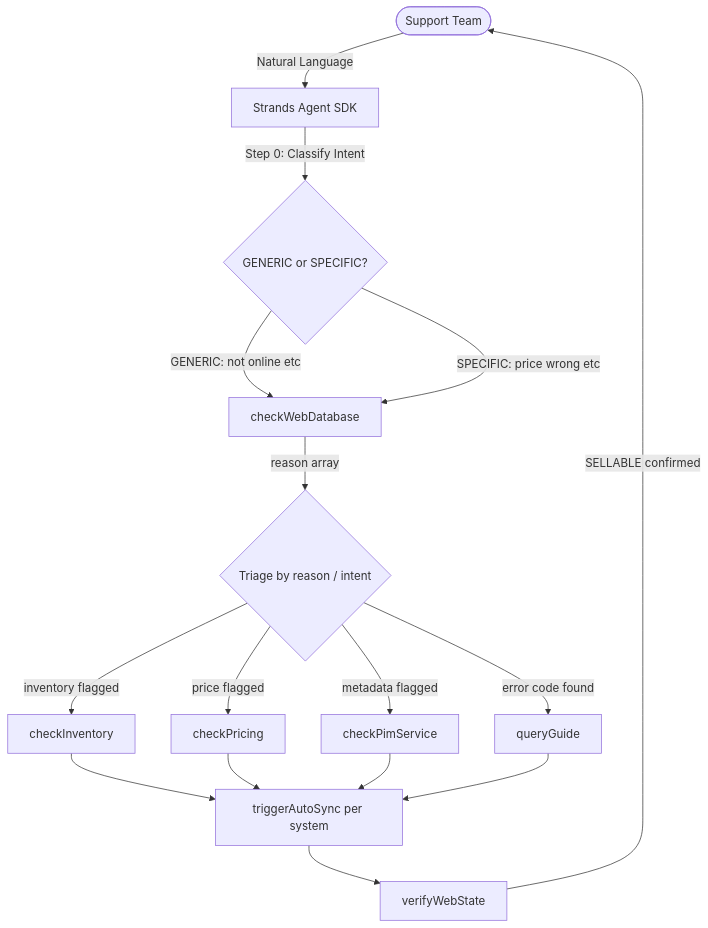
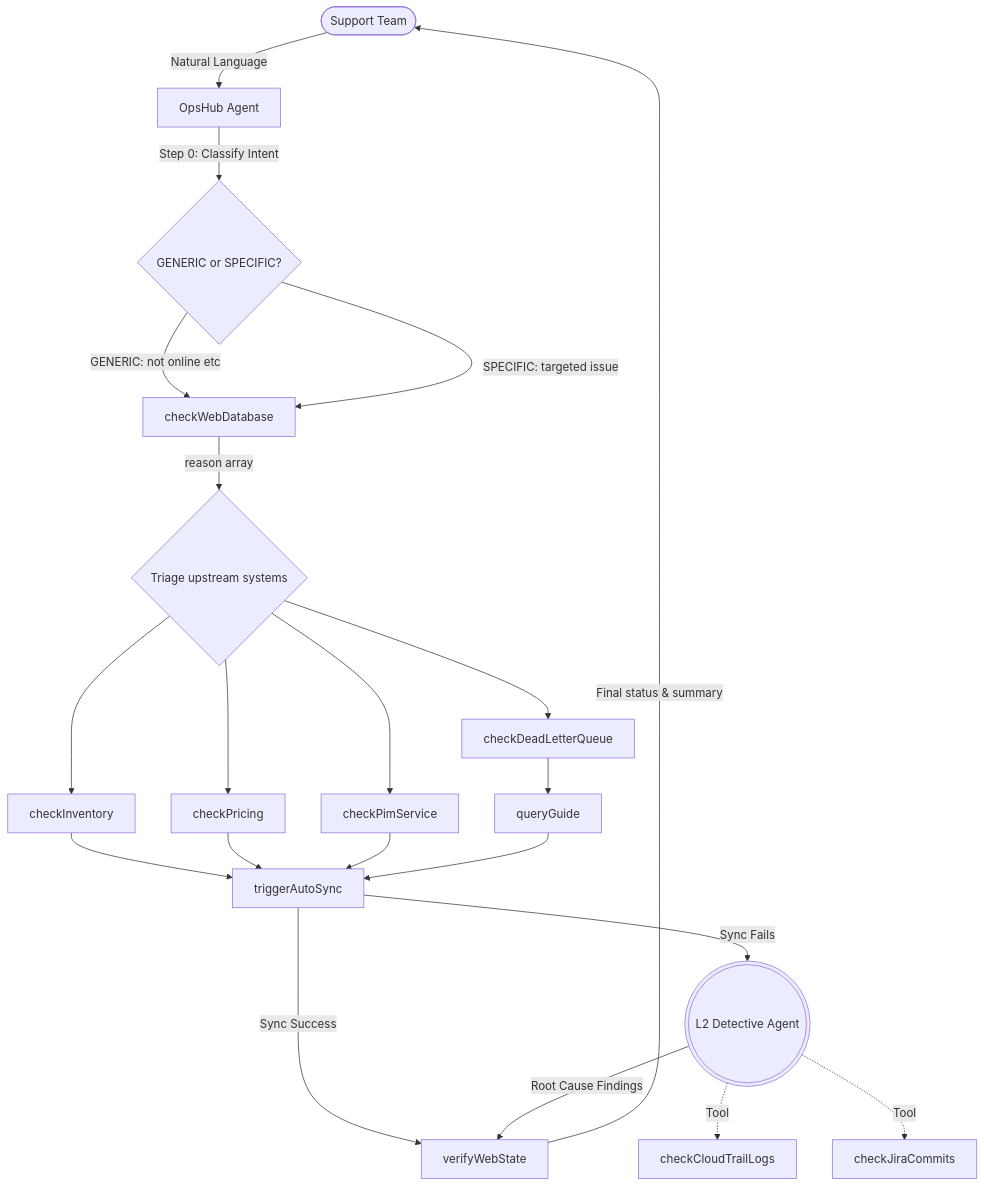
Before and after one commit to sujithpvarghese/bedrock-agent-core-operations-hub: the diagram in README.md, drawn with Mermaid.

Commit message:
read me updated

````diff
--- a/README.md
+++ b/README.md
@@ -20,23 +20,30 @@
 ```mermaid
 graph TD
-    User([Support Team]) -->|Natural Language| Agent[Strands Agent SDK]
+    User([Support Team]) -->|Natural Language| Agent[OpsHub Agent]
     Agent -->|Step 0: Classify Intent| Intent{GENERIC or SPECIFIC?}
 
     Intent -->|GENERIC: not online etc| Web[checkWebDatabase]
-    Intent -->|SPECIFIC: price wrong etc| Web
+    Intent -->|SPECIFIC: targeted issue| Web
 
-    Web -->|reason array| Triage{Triage by reason / intent}
+    Web -->|reason array| Triage{Triage upstream systems}
 
-    Triage -->|inventory flagged| INV[checkInventory]
-    Triage -->|price flagged| PRICE[checkPricing]
-    Triage -->|metadata flagged| PIM[checkPimService]
-    Triage -->|error code found| GUIDE[queryGuide]
+    Triage --> INV[checkInventory]
+    Triage --> PRICE[checkPricing]
+    Triage --> PIM[checkPimService]
+    Triage --> DLQ[checkDeadLetterQueue]
 
-    INV --> Sync[triggerAutoSync per system]
+    INV --> Sync[triggerAutoSync]
     PRICE --> Sync
     PIM --> Sync
+    DLQ --> GUIDE[queryGuide]
     GUIDE --> Sync
 
-    Sync --> Verify[verifyWebState]
-    Verify -->|SELLABLE confirmed| User
+    Sync -->|Sync Success| Verify[verifyWebState]
+    Sync -->|Sync Fails| A2A(((L2 Detective Agent)))
+    
+    A2A -.->|Tool| CloudTrail[checkCloudTrailLogs]
+    A2A -.->|Tool| Jira[checkJiraCommits]
+    A2A -->|Root Cause Findings| Verify
+    
+    Verify -->|Final status & summary| User
 ```
````
